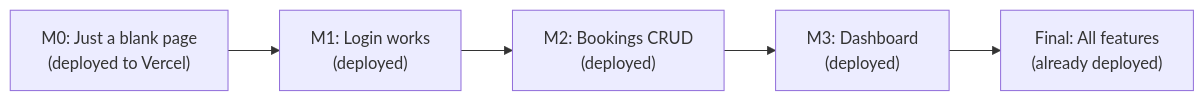
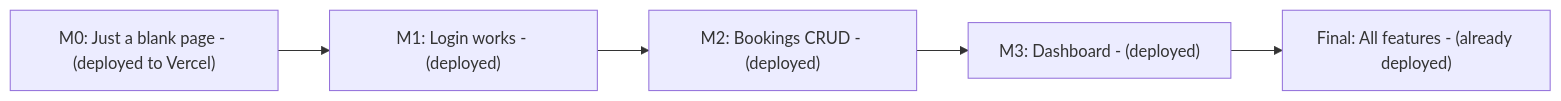
Before and after one commit to wongjinar-ai/expample: the fifth of 8 diagrams in learning/09-fullstack-best-practices.md, drawn with Mermaid. The commit also changed other lines of this file and 16 other files, not shown here.

````diff
--- a/learning/09-fullstack-best-practices.md
+++ b/learning/09-fullstack-best-practices.md
@@ -216,10 +216,10 @@
 ```mermaid
 flowchart LR
-    M0["M0: Just a blank page\n(deployed to Vercel)"]
-    M1["M1: Login works\n(deployed)"]
-    M2["M2: Bookings CRUD\n(deployed)"]
-    M3["M3: Dashboard\n(deployed)"]
-    Final["Final: All features\n(already deployed)"]
+    M0["M0: Just a blank page - (deployed to Vercel)"]
+    M1["M1: Login works - (deployed)"]
+    M2["M2: Bookings CRUD - (deployed)"]
+    M3["M3: Dashboard - (deployed)"]
+    Final["Final: All features - (already deployed)"]
 
     M0 --> M1 --> M2 --> M3 --> Final
 ```
````
